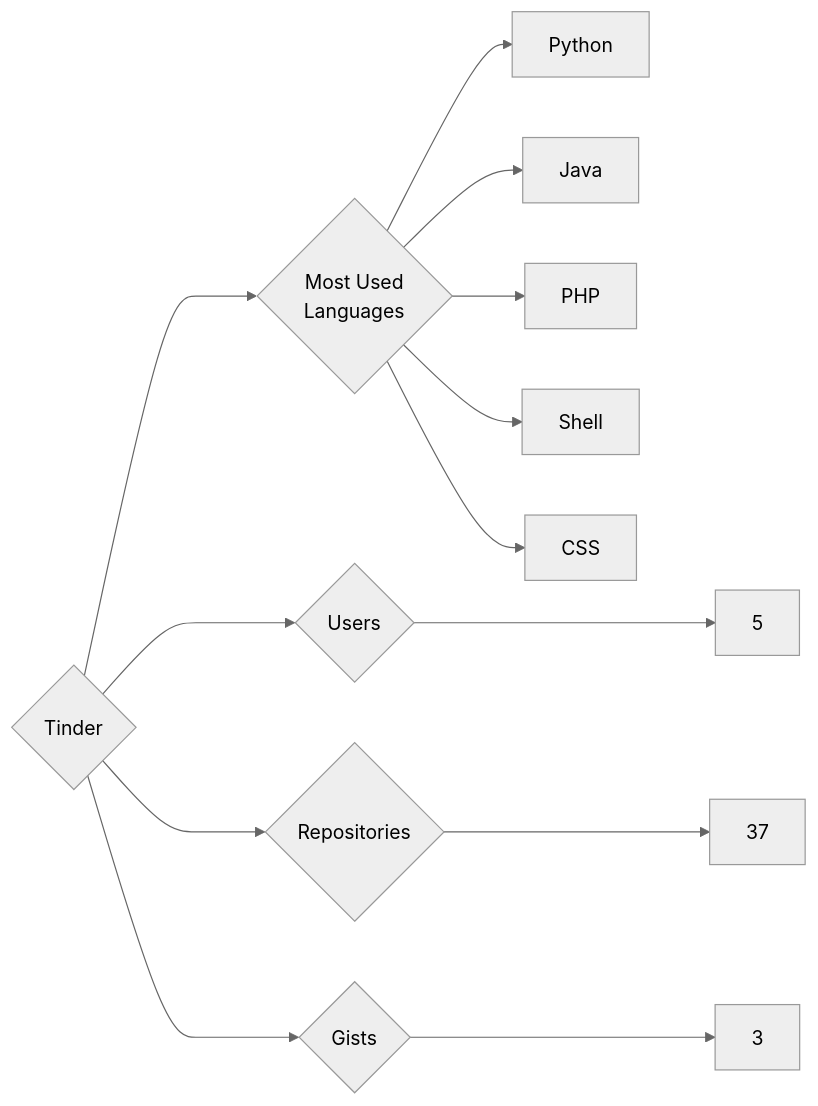
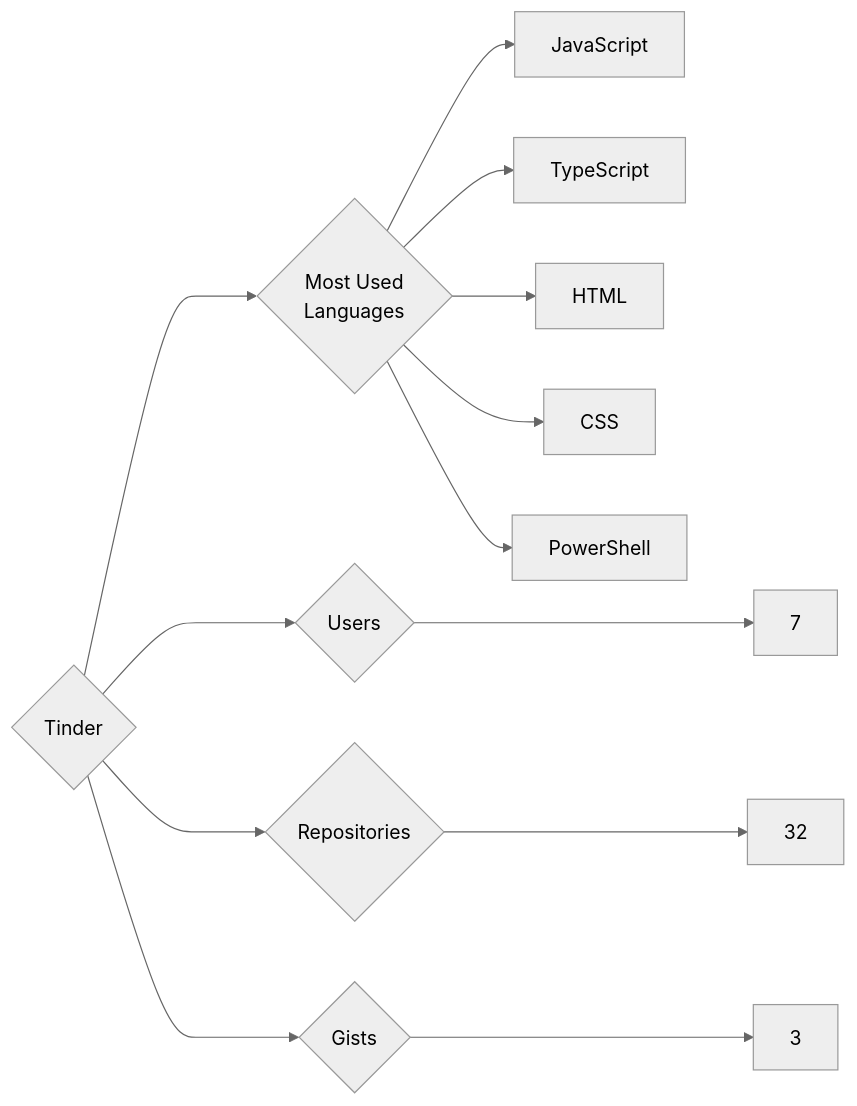
The diagram in targets/Tinder/README.md (trickest/insiders), drawn with Mermaid (neutral theme) before and after one commit. The commit also changed 1484 other files, not shown here.

````diff
--- a/targets/Tinder/README.md
+++ b/targets/Tinder/README.md
@@ -3,13 +3,13 @@
 ```mermaid
 graph LR
 COMPANY_NAME{Tinder}
-COMPANY_NAME ---> U{Users} ---> UN[5]
-COMPANY_NAME ---> R{Repositories} ---> RN[37]
+COMPANY_NAME ---> U{Users} ---> UN[7]
+COMPANY_NAME ---> R{Repositories} ---> RN[32]
 COMPANY_NAME ---> G{Gists} ---> GN[3]
 COMPANY_NAME ---> ML{Most Used<br>Languages}
-ML --> Python[Python]
-ML --> Java[Java]
-ML --> PHP[PHP]
-ML --> Shell[Shell]
+ML --> JavaScript[JavaScript]
+ML --> TypeScript[TypeScript]
+ML --> HTML[HTML]
 ML --> CSS[CSS]
+ML --> PowerShell[PowerShell]
 ```
````
